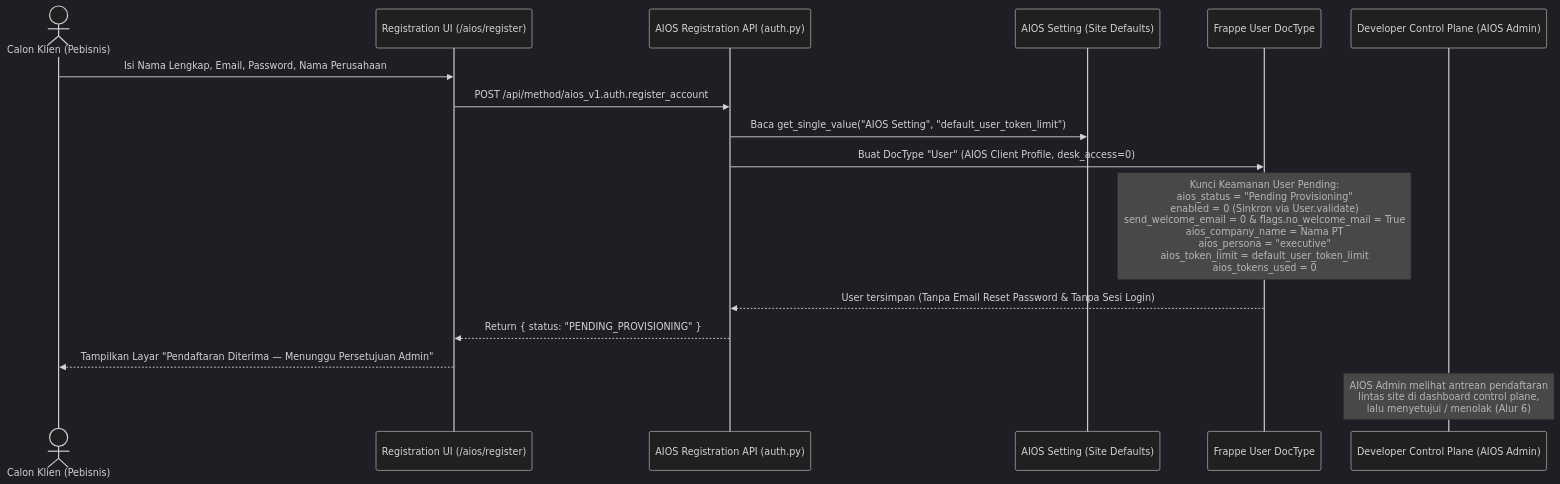
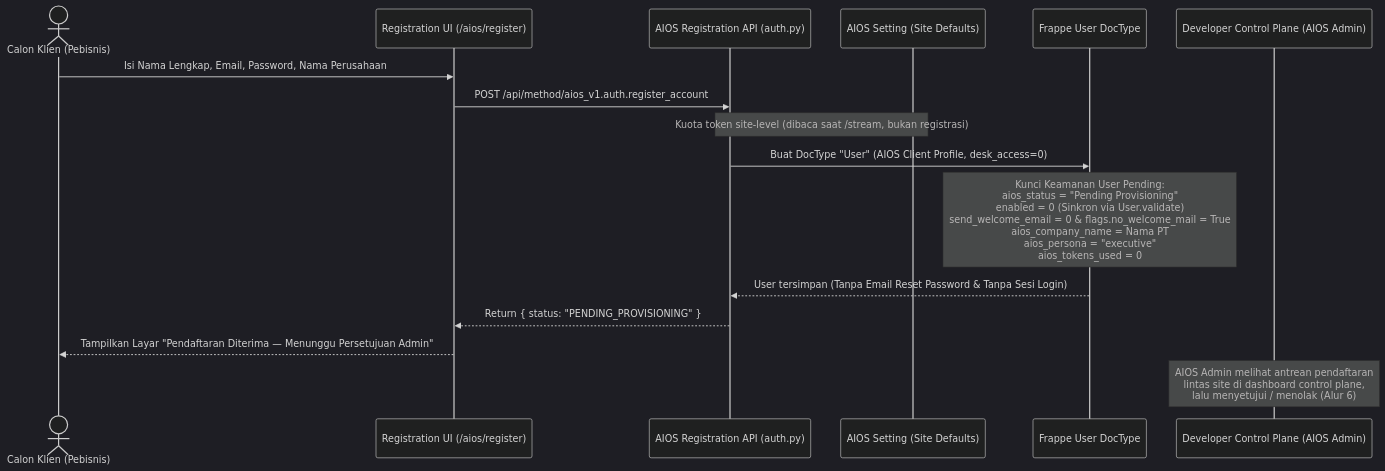
One commit to Tenshi1308/aios-frappe-16 changed the first of 8 diagrams in docs/04-alur-kerja-sistem.md. Above: the diagram before and after it, drawn with Mermaid (dark theme). The commit also changed other lines of this file and 8 other files, not shown here.

Commit message:
docs: tandai #7b selesai & kuota site-only

````diff
--- a/docs/04-alur-kerja-sistem.md
+++ b/docs/04-alur-kerja-sistem.md
@@ -11,19 +11,19 @@
 ```mermaid
 sequenceDiagram
     actor Klien as Calon Klien (Pebisnis)
     participant UI as Registration UI (/aios/register)
     participant API as AIOS Registration API (auth.py)
     participant Setting as AIOS Setting (Site Defaults)
     participant DB as Frappe User DocType
     participant CP as Developer Control Plane (AIOS Admin)
 
     Klien->>UI: Isi Nama Lengkap, Email, Password, Nama Perusahaan
     UI->>API: POST /api/method/aios_v1.auth.register_account
-    API->>Setting: Baca get_single_value("AIOS Setting", "default_user_token_limit")
+    Note over API,Setting: Kuota token site-level (dibaca saat /stream, bukan registrasi)
     API->>DB: Buat DocType "User" (AIOS Client Profile, desk_access=0)
-    Note over DB: Kunci Keamanan User Pending:<br/>aios_status = "Pending Provisioning"<br/>enabled = 0 (Sinkron via User.validate)<br/>send_welcome_email = 0 & flags.no_welcome_mail = True<br/>aios_company_name = Nama PT<br/>aios_persona = "executive"<br/>aios_token_limit = default_user_token_limit<br/>aios_tokens_used = 0
+    Note over DB: Kunci Keamanan User Pending:<br/>aios_status = "Pending Provisioning"<br/>enabled = 0 (Sinkron via User.validate)<br/>send_welcome_email = 0 & flags.no_welcome_mail = True<br/>aios_company_name = Nama PT<br/>aios_persona = "executive"<br/>aios_tokens_used = 0
     DB-->>API: User tersimpan (Tanpa Email Reset Password & Tanpa Sesi Login)
     API-->>UI: Return { status: "PENDING_PROVISIONING" }
     UI-->>Klien: Tampilkan Layar "Pendaftaran Diterima — Menunggu Persetujuan Admin"
     Note over CP: AIOS Admin melihat antrean pendaftaran<br/>lintas site di dashboard control plane,<br/>lalu menyetujui / menolak (Alur 6)
 ```
````
